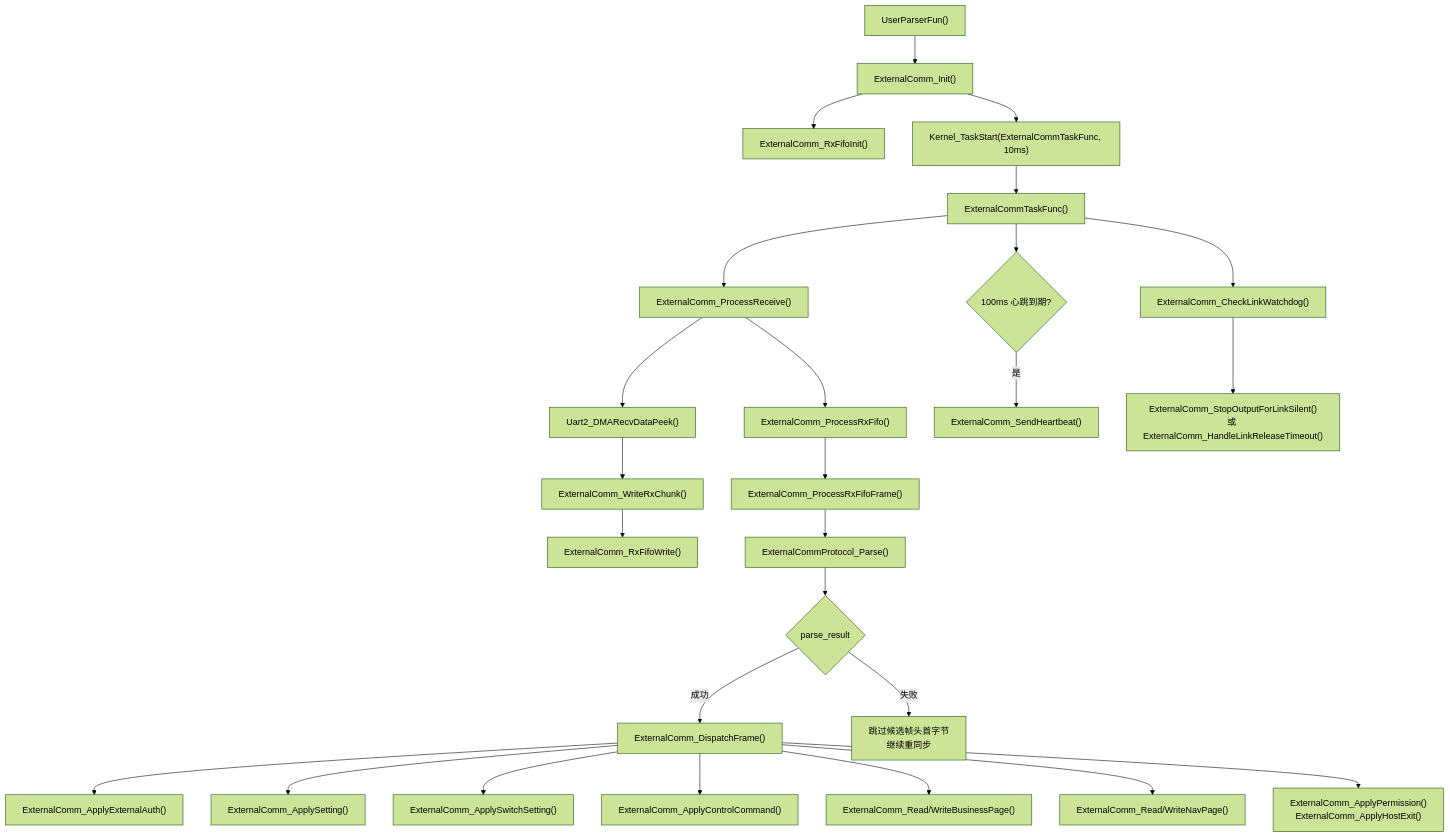
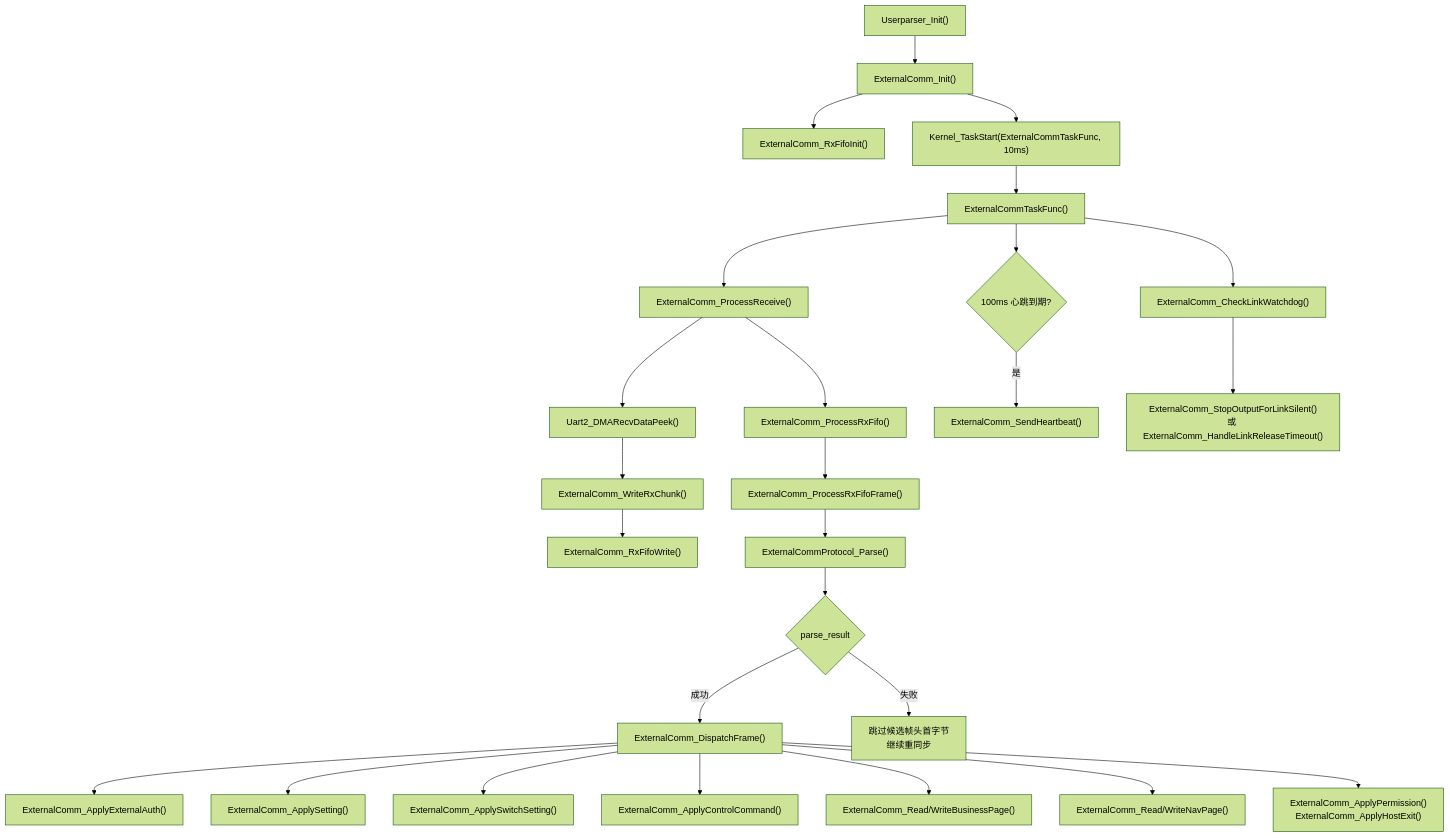
Before and after one commit to HW9711/EH-main: diagram 19 of 22 in docs/product-software-handoff.md, drawn with Mermaid (forest theme). The commit also changed other lines of this file and 46 other files, not shown here.

````diff
--- a/docs/product-software-handoff.md
+++ b/docs/product-software-handoff.md
@@ -1444,28 +1445,28 @@
 ```mermaid
 flowchart TD
-    A["UserParserFun()"] --> B["ExternalComm_Init()"]
+    A["Userparser_Init()"] --> B["ExternalComm_Init()"]
     B --> C["ExternalComm_RxFifoInit()"]
     B --> D["Kernel_TaskStart(ExternalCommTaskFunc, 10ms)"]
     D --> E["ExternalCommTaskFunc()"]
     E --> F["ExternalComm_ProcessReceive()"]
     F --> G["Uart2_DMARecvDataPeek()"]
     G --> H["ExternalComm_WriteRxChunk()"]
     H --> I["ExternalComm_RxFifoWrite()"]
     F --> J["ExternalComm_ProcessRxFifo()"]
     J --> K["ExternalComm_ProcessRxFifoFrame()"]
     K --> L["ExternalCommProtocol_Parse()"]
     L --> M{"parse_result"}
     M -->|成功| N["ExternalComm_DispatchFrame()"]
     M -->|失败| O["跳过候选帧头首字节\n继续重同步"]
     N --> P["ExternalComm_ApplyExternalAuth()"]
     N --> Q["ExternalComm_ApplySetting()"]
     N --> R["ExternalComm_ApplySwitchSetting()"]
     N --> S["ExternalComm_ApplyControlCommand()"]
     N --> T["ExternalComm_Read/WriteBusinessPage()"]
     N --> U["ExternalComm_Read/WriteNavPage()"]
     N --> V["ExternalComm_ApplyPermission()\nExternalComm_ApplyHostExit()"]
     E --> W["ExternalComm_CheckLinkWatchdog()"]
     E --> X{"100ms 心跳到期?"}
     X -->|是| Y["ExternalComm_SendHeartbeat()"]
     W --> Z["ExternalComm_StopOutputForLinkSilent()\n或 ExternalComm_HandleLinkReleaseTimeout()"]
 ```
````
